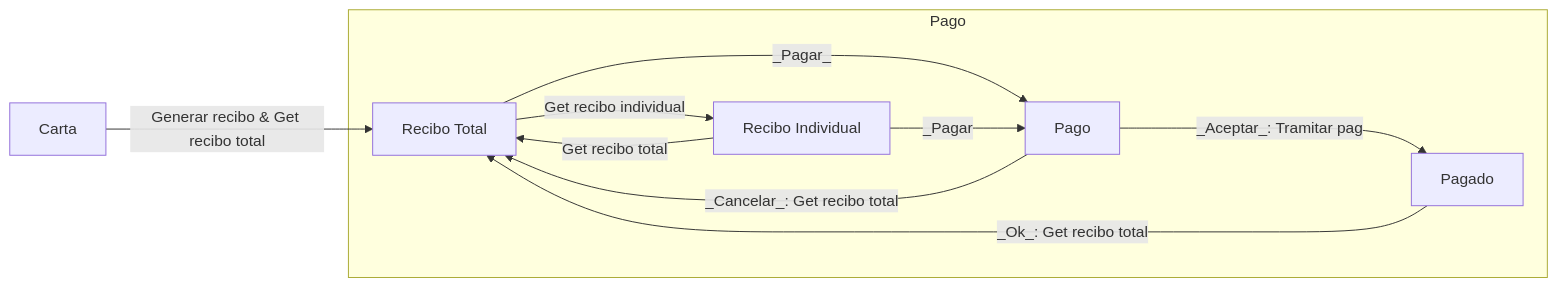
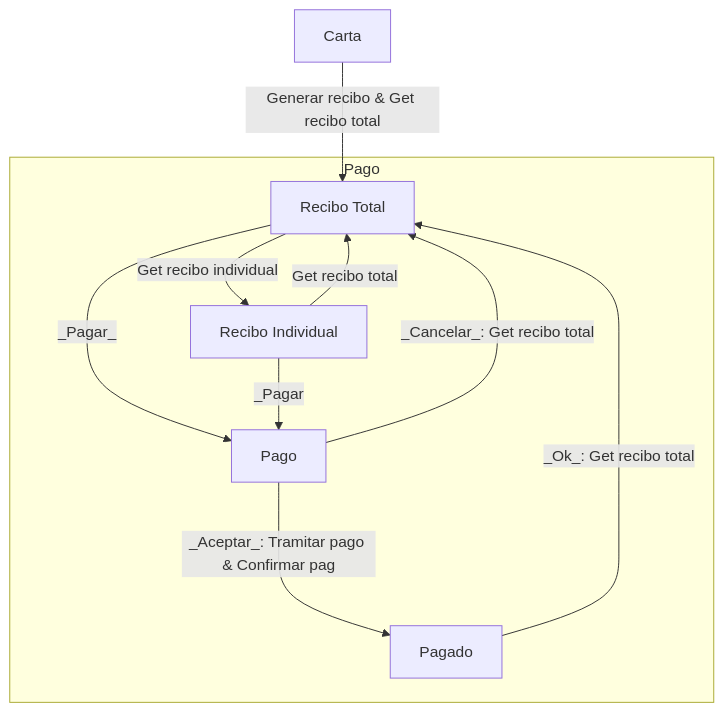
One commit to pabenito/QRest changed the seventh of 10 diagrams in documentacion/requisitos/diagramas_de_flujo.md. Above: the diagram before and after it, drawn with Mermaid. The commit also changed other lines of this file, not shown here.

Commit message:
Diagrama de flujo: Diferenciar entre Tramitar pago y Confirmar pago

````diff
--- a/documentacion/requisitos/diagramas_de_flujo.md
+++ b/documentacion/requisitos/diagramas_de_flujo.md
@@ -105,18 +105,18 @@
 ```mermaid
-flowchart LR
+flowchart TD
     carta[Carta]
     subgraph g_pago[Pago]
         recibo_total[Recibo Total]
         recibo_individual[Recibo Individual]
         pago[Pago]
         pagado[Pagado]
     end
     carta --Generar recibo & Get recibo total--> recibo_total
     recibo_total --Get recibo individual--> recibo_individual
     recibo_total --_Pagar_--> pago
     recibo_individual --Get recibo total--> recibo_total
     recibo_individual --_Pagar--> pago
     pago --_Cancelar_: Get recibo total--> recibo_total
-    pago --_Aceptar_: Tramitar pago--> pagado
+    pago --_Aceptar_: Tramitar pago & Confirmar pago--> pagado
     pagado --_Ok_: Get recibo total--> recibo_total
 ```
````
